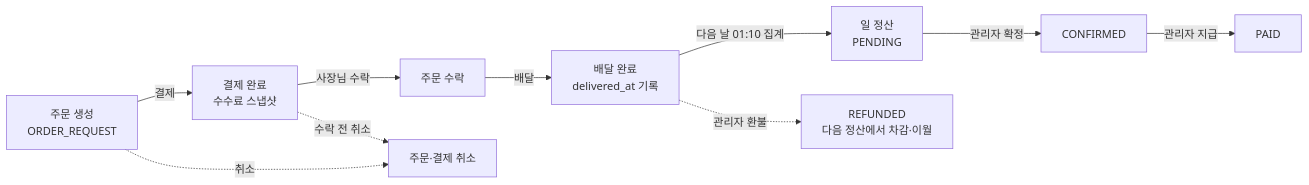
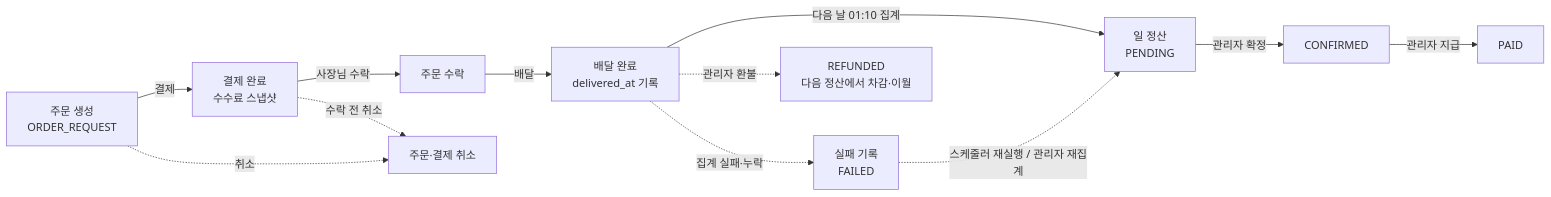
Before and after one commit to gajigaji-dev/Spring-Delivery-mini: the second of 3 diagrams in docs/architecture.md, drawn with Mermaid. The commit also changed other lines of this file and 31 other files, not shown here.

````diff
--- a/docs/architecture.md
+++ b/docs/architecture.md
@@ -47,12 +47,14 @@
 ```mermaid
 flowchart LR
     o[주문 생성<br/>ORDER_REQUEST] -->|결제| p[결제 완료<br/>수수료 스냅샷]
     p -->|사장님 수락| a[주문 수락]
     a -->|배달| d[배달 완료<br/>delivered_at 기록]
     d -->|다음 날 01:10 집계| s1[일 정산<br/>PENDING]
     s1 -->|관리자 확정| s2[CONFIRMED]
     s2 -->|관리자 지급| s3[PAID]
     o -.취소.-> c[주문·결제 취소]
     p -.수락 전 취소.-> c
     d -.관리자 환불.-> r[REFUNDED<br/>다음 정산에서 차감·이월]
+    d -.집계 실패·누락.-> f[실패 기록<br/>FAILED]
+    f -.스케줄러 재실행 / 관리자 재집계.-> s1
 ```
````
